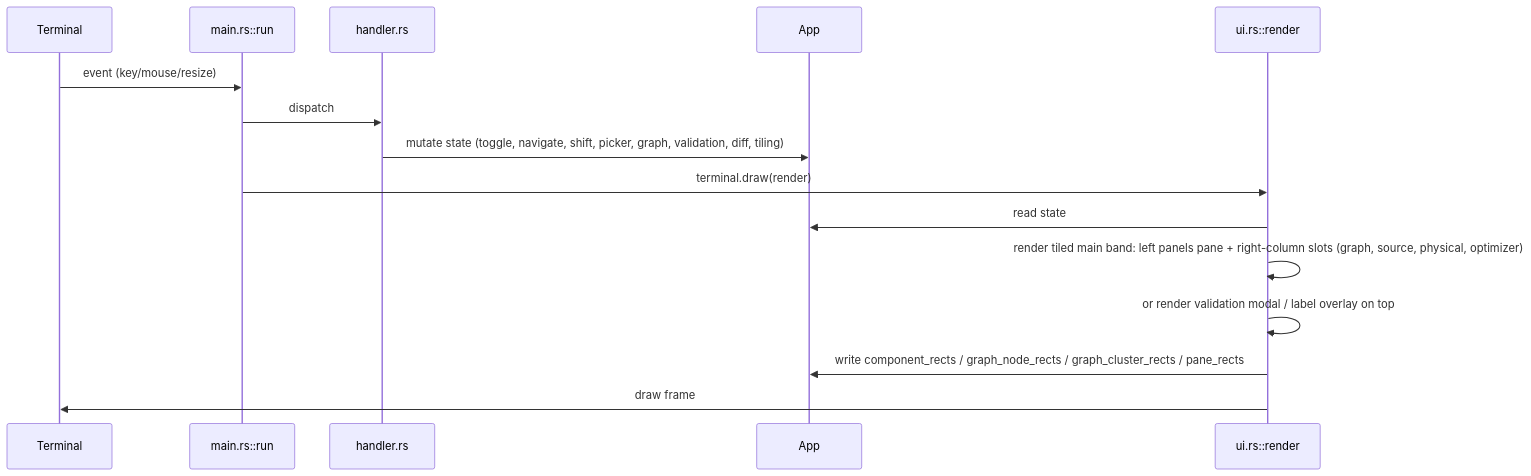
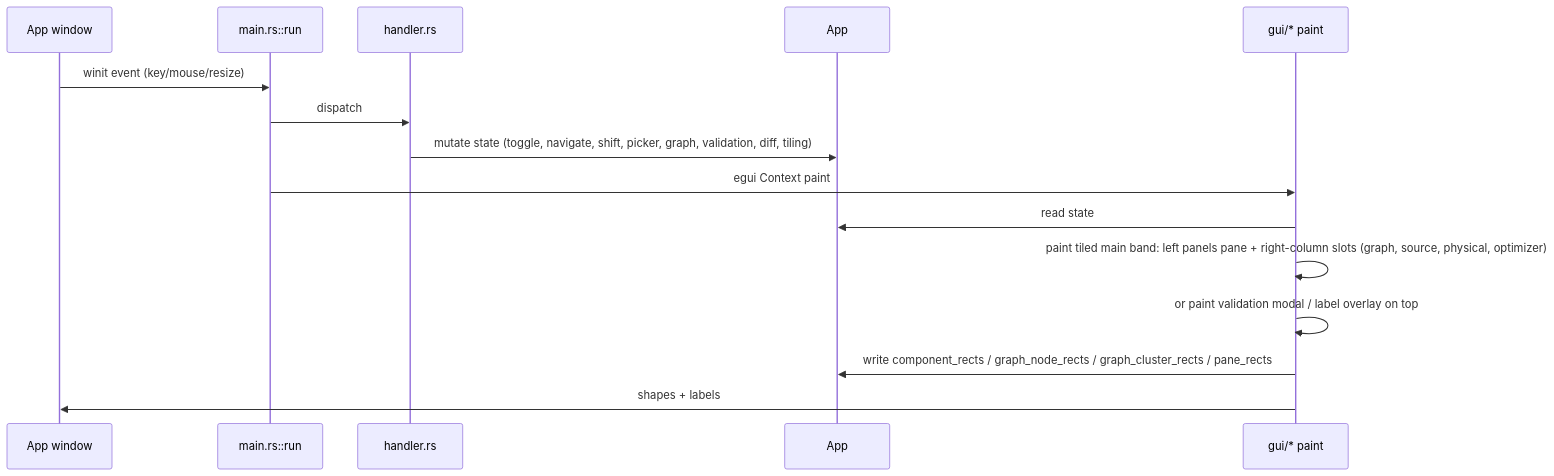
Before and after one commit to moonstruxx/droid-buddy: the second of 5 diagrams in ARCHITECTURE.md, drawn with Mermaid. The commit also changed other lines of this file and 383 other files, not shown here.

Commit message:
2.6-4.2: rehost input on egui/winit, teardown terminal stack, egui tests, native docs

````diff
--- a/ARCHITECTURE.md
+++ b/ARCHITECTURE.md
@@ -254,17 +249,17 @@
 ```mermaid
 sequenceDiagram
-    participant T as Terminal
+    participant W as App window
     participant L as main.rs::run
     participant H as handler.rs
     participant A as App
-    participant U as ui.rs::render
-    T->>L: event (key/mouse/resize)
+    participant G as gui/* paint
+    W->>L: winit event (key/mouse/resize)
     L->>H: dispatch
     H->>A: mutate state (toggle, navigate, shift, picker, graph, validation, diff, tiling)
-    L->>U: terminal.draw(render)
-    U->>A: read state
-    U->>U: render tiled main band: left panels pane + right-column slots (graph, source, physical, optimizer)
-    U->>U: or render validation modal / label overlay on top
-    U->>A: write component_rects / graph_node_rects / graph_cluster_rects / pane_rects
-    U->>T: draw frame
+    L->>G: egui Context paint
+    G->>A: read state
+    G->>G: paint tiled main band: left panels pane + right-column slots (graph, source, physical, optimizer)
+    G->>G: or paint validation modal / label overlay on top
+    G->>A: write component_rects / graph_node_rects / graph_cluster_rects / pane_rects
+    G->>W: shapes + labels
 ```
````
